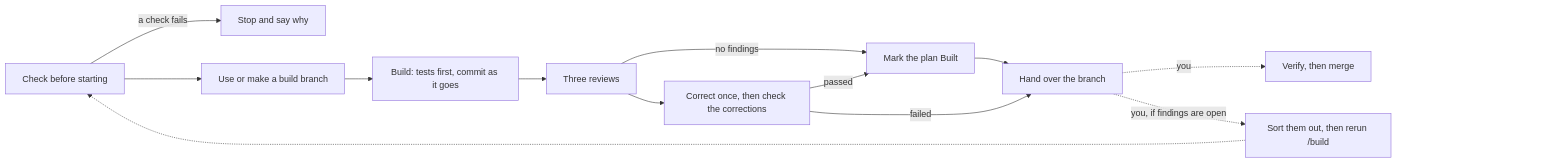
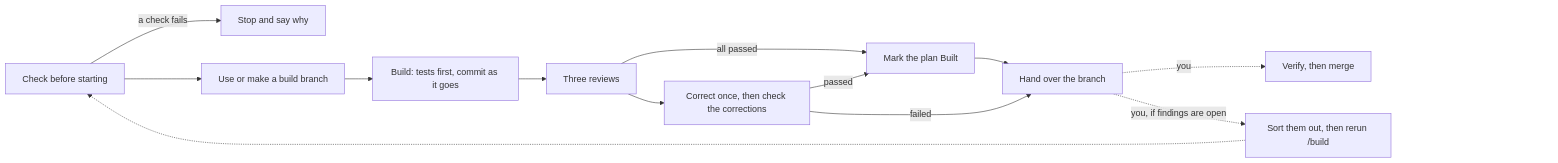
The diagram in docs/skills/build.md (michaelmarconi/agentic-engineering), drawn with Mermaid before and after one commit. The commit also changed 5 other files, not shown here.

````diff
--- a/docs/skills/build.md
+++ b/docs/skills/build.md
@@ -11,17 +11,17 @@
 ```mermaid
 flowchart LR
     Check[Check before starting] -->|a check fails| Stop[Stop and say why]
     Check --> Branch[Use or make a build branch]
     Branch --> Build[Build: tests first, commit as it goes]
     Build --> Review[Three reviews]
     Review --> Correct[Correct once, then check the corrections]
-    Review -->|no findings| Built
+    Review -->|all passed| Built
     Correct -->|passed| Built[Mark the plan Built]
     Built --> Hand[Hand over the branch]
     Correct -->|failed| Hand
     Hand -.->|you| Verify[Verify, then merge]
     Hand -.->|you, if findings are open| Sort[Sort them out, then rerun /build]
     Sort -.-> Check
     Verify ~~~ Pad["#nbsp;#nbsp;#nbsp;#nbsp;#nbsp;#nbsp;#nbsp;#nbsp;#nbsp;#nbsp;#nbsp;#nbsp;#nbsp;#nbsp;#nbsp;#nbsp;#nbsp;#nbsp;#nbsp;#nbsp;#nbsp;#nbsp;#nbsp;#nbsp;#nbsp;#nbsp;#nbsp;#nbsp;#nbsp;#nbsp;#nbsp;#nbsp;#nbsp;#nbsp;#nbsp;#nbsp;#nbsp;#nbsp;#nbsp;#nbsp;"]
     style Pad fill:none,stroke:none
 ```
````
